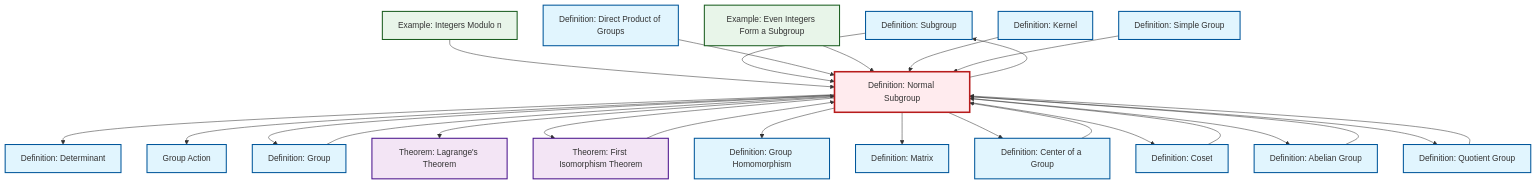
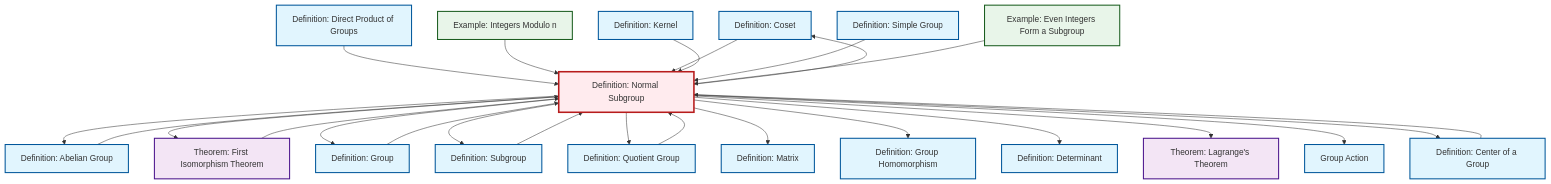
The diagram in content/en/algebra/def-normal-subgroup.qmd (RK0429/ModernMath), drawn with Mermaid before and after one commit. The commit also changed other lines of this file and 328 other files, not shown here.

````diff
--- a/content/en/algebra/def-normal-subgroup.qmd
+++ b/content/en/algebra/def-normal-subgroup.qmd
@@ -96,69 +96,69 @@
 ```{mermaid}
 %%| fig-cap: "Local dependency graph"
 graph TD
     classDef definition fill:#e1f5fe,stroke:#01579b,stroke-width:2px
     classDef theorem fill:#f3e5f5,stroke:#4a148c,stroke-width:2px
     classDef axiom fill:#fff3e0,stroke:#e65100,stroke-width:2px
     classDef example fill:#e8f5e9,stroke:#1b5e20,stroke-width:2px
     classDef current fill:#ffebee,stroke:#b71c1c,stroke-width:3px
+    def-coset["Definition: Coset"]:::definition
+    def-normal-subgroup["Definition: Normal Subgroup"]:::definition
+    def-group-action["Group Action"]:::definition
+    def-kernel["Definition: Kernel"]:::definition
     def-subgroup["Definition: Subgroup"]:::definition
-    def-normal-subgroup["Definition: Normal Subgroup"]:::definition
+    def-simple-group["Definition: Simple Group"]:::definition
+    def-abelian-group["Definition: Abelian Group"]:::definition
+    thm-lagrange["Theorem: Lagrange's Theorem"]:::theorem
+    ex-even-integers-subgroup["Example: Even Integers Form a Subgroup"]:::example
+    def-direct-product["Definition: Direct Product of Groups"]:::definition
+    ex-quotient-integers-mod-n["Example: Integers Modulo n"]:::example
+    def-group["Definition: Group"]:::definition
+    def-center-of-group["Definition: Center of a Group"]:::definition
+    def-homomorphism["Definition: Group Homomorphism"]:::definition
+    thm-first-isomorphism["Theorem: First Isomorphism Theorem"]:::theorem
+    def-determinant["Definition: Determinant"]:::definition
     def-quotient-group["Definition: Quotient Group"]:::definition
-    def-direct-product["Definition: Direct Product of Groups"]:::definition
-    def-determinant["Definition: Determinant"]:::definition
-    ex-quotient-integers-mod-n["Example: Integers Modulo n"]:::example
     def-matrix["Definition: Matrix"]:::definition
-    ex-even-integers-subgroup["Example: Even Integers Form a Subgroup"]:::example
-    thm-first-isomorphism["Theorem: First Isomorphism Theorem"]:::theorem
-    def-homomorphism["Definition: Group Homomorphism"]:::definition
-    thm-lagrange["Theorem: Lagrange's Theorem"]:::theorem
-    def-group["Definition: Group"]:::definition
-    def-coset["Definition: Coset"]:::definition
-    def-center-of-group["Definition: Center of a Group"]:::definition
-    def-simple-group["Definition: Simple Group"]:::definition
-    def-kernel["Definition: Kernel"]:::definition
-    def-group-action["Group Action"]:::definition
-    def-abelian-group["Definition: Abelian Group"]:::definition
+    def-normal-subgroup --> def-coset
+    def-normal-subgroup --> def-abelian-group
+    def-direct-product --> def-normal-subgroup
+    def-center-of-group --> def-normal-subgroup
     ex-quotient-integers-mod-n --> def-normal-subgroup
+    def-quotient-group --> def-normal-subgroup
+    thm-first-isomorphism --> def-normal-subgroup
+    def-normal-subgroup --> thm-first-isomorphism
+    def-normal-subgroup --> def-group
+    def-normal-subgroup --> def-subgroup
+    def-normal-subgroup --> def-quotient-group
+    def-normal-subgroup --> def-matrix
+    def-coset --> def-normal-subgroup
+    def-normal-subgroup --> def-homomorphism
     def-normal-subgroup --> def-determinant
+    def-normal-subgroup --> thm-lagrange
+    def-abelian-group --> def-normal-subgroup
     def-normal-subgroup --> def-group-action
-    thm-first-isomorphism --> def-normal-subgroup
+    def-normal-subgroup --> def-center-of-group
+    def-kernel --> def-normal-subgroup
+    def-group --> def-normal-subgroup
+    def-simple-group --> def-normal-subgroup
+    ex-even-integers-subgroup --> def-normal-subgroup
     def-subgroup --> def-normal-subgroup
-    def-normal-subgroup --> def-group
-    def-direct-product --> def-normal-subgroup
-    def-normal-subgroup --> thm-lagrange
-    def-normal-subgroup --> thm-first-isomorphism
-    def-normal-subgroup --> def-homomorphism
-    def-normal-subgroup --> def-subgroup
-    def-abelian-group --> def-normal-subgroup
-    ex-even-integers-subgroup --> def-normal-subgroup
-    def-normal-subgroup --> def-matrix
-    def-normal-subgroup --> def-center-of-group
-    def-group --> def-normal-subgroup
-    def-kernel --> def-normal-subgroup
-    def-normal-subgroup --> def-coset
-    def-quotient-group --> def-normal-subgroup
-    def-normal-subgroup --> def-abelian-group
-    def-normal-subgroup --> def-quotient-group
-    def-simple-group --> def-normal-subgroup
-    def-center-of-group --> def-normal-subgroup
-    def-coset --> def-normal-subgroup
     class def-normal-subgroup current
+    click def-coset "def-coset.html" "Go to Coset definition"
+    click def-group-action "def-group-action.html" "Go to Group Action"
+    click def-kernel "def-kernel.html" "Go to Kernel definition"
     click def-subgroup "def-subgroup.html" "Go to Subgroup definition"
+    click def-simple-group "def-simple-group.html" "Go to Simple Group definition"
+    click def-abelian-group "def-abelian-group.html" "Go to Abelian Group definition"
+    click thm-lagrange "thm-lagrange.html" "Go to Lagrange's Theorem theorem"
+    click ex-even-integers-subgroup "ex-even-integers-subgroup.html" "Go to Even Integers Form a Subgroup example"
+    click def-direct-product "def-direct-product.html" "Go to Direct Product of Groups definition"
+    click ex-quotient-integers-mod-n "ex-quotient-integers-mod-n.html" "Go to Integers Modulo n example"
+    click def-group "def-group.html" "Go to Group definition"
+    click def-center-of-group "def-center-of-group.html" "Go to Center of a Group definition"
+    click def-homomorphism "def-homomorphism.html" "Go to Group Homomorphism definition"
+    click thm-first-isomorphism "thm-first-isomorphism.html" "Go to First Isomorphism Theorem theorem"
+    click def-determinant "def-determinant.html" "Go to Determinant definition"
     click def-quotient-group "def-quotient-group.html" "Go to Quotient Group definition"
-    click def-direct-product "def-direct-product.html" "Go to Direct Product of Groups definition"
-    click def-determinant "def-determinant.html" "Go to Determinant definition"
-    click ex-quotient-integers-mod-n "ex-quotient-integers-mod-n.html" "Go to Integers Modulo n example"
     click def-matrix "def-matrix.html" "Go to Matrix definition"
-    click ex-even-integers-subgroup "ex-even-integers-subgroup.html" "Go to Even Integers Form a Subgroup example"
-    click thm-first-isomorphism "thm-first-isomorphism.html" "Go to First Isomorphism Theorem theorem"
-    click def-homomorphism "def-homomorphism.html" "Go to Group Homomorphism definition"
-    click thm-lagrange "thm-lagrange.html" "Go to Lagrange's Theorem theorem"
-    click def-group "def-group.html" "Go to Group definition"
-    click def-coset "def-coset.html" "Go to Coset definition"
-    click def-center-of-group "def-center-of-group.html" "Go to Center of a Group definition"
-    click def-simple-group "def-simple-group.html" "Go to Simple Group definition"
-    click def-kernel "def-kernel.html" "Go to Kernel definition"
-    click def-group-action "def-group-action.html" "Go to Group Action"
-    click def-abelian-group "def-abelian-group.html" "Go to Abelian Group definition"
 ```
````
